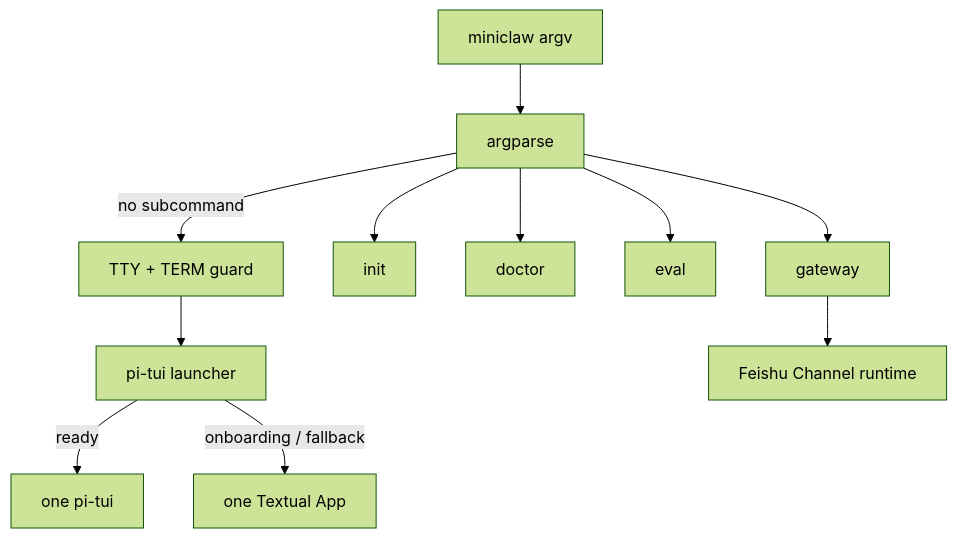
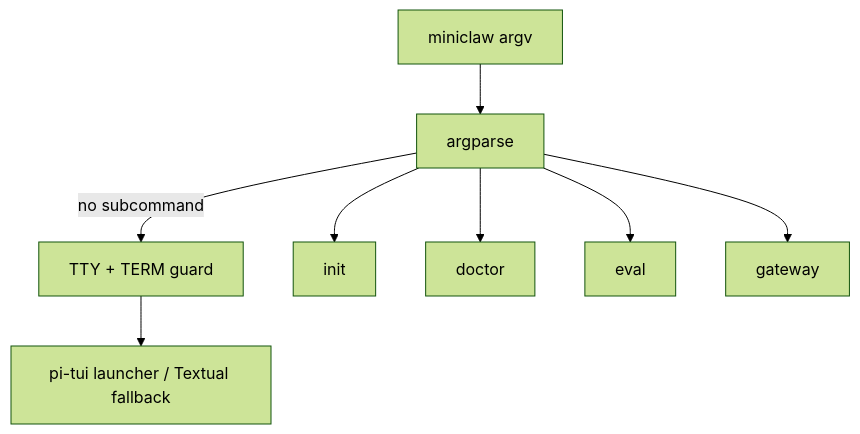
One commit to NEDONION/lobster0 changed the second of 10 diagrams in docs/architecture/20260807_系统架构.md. Above: the diagram before and after it, drawn with Mermaid (forest theme). The commit also changed other lines of this file and 12 other files, not shown here.

````diff
--- a/docs/architecture/20260807_系统架构.md
+++ b/docs/architecture/20260807_系统架构.md
@@ -55,13 +60,10 @@
 ```mermaid
 flowchart TD
     CMD["miniclaw argv"] --> PARSER["argparse"]
     PARSER -->|"no subcommand"| GUARD["TTY + TERM guard"]
-    GUARD --> SELECT["pi-tui launcher"]
-    SELECT -->|"ready"| TUI["one pi-tui"]
-    SELECT -->|"onboarding / fallback"| TEXTUAL["one Textual App"]
+    GUARD --> TUI["pi-tui launcher / Textual fallback"]
     PARSER --> INIT["init"]
     PARSER --> DOCTOR["doctor"]
     PARSER --> EVAL["eval"]
     PARSER --> GATEWAY["gateway"]
-    GATEWAY --> CHANNEL["Feishu Channel runtime"]
 ```
````
